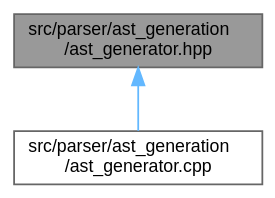
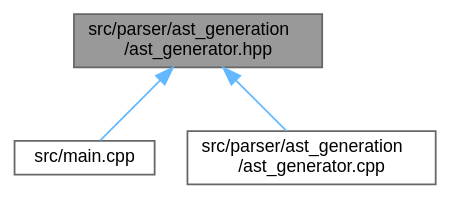
The diagram in pebbl/docs/ast__generator_8hpp__dep__incl.dot (kejunp/kejunp.github.io), drawn with Graphviz before and after one commit. The commit also changed 114 other files, not shown here.

```diff
--- a/pebbl/docs/ast__generator_8hpp__dep__incl.dot
+++ b/pebbl/docs/ast__generator_8hpp__dep__incl.dot
@@ -1,10 +1,12 @@
 digraph "src/parser/ast_generation/ast_generator.hpp"
 {
  // LATEX_PDF_SIZE
   bgcolor="transparent";
   edge [fontname=Helvetica,fontsize=10,labelfontname=Helvetica,labelfontsize=10];
   node [fontname=Helvetica,fontsize=10,shape=box,height=0.2,width=0.4];
   Node1 [id="Node000001",label="src/parser/ast_generation\l/ast_generator.hpp",height=0.2,width=0.4,color="gray40", fillcolor="grey60", style="filled", fontcolor="black",tooltip=" "];
   Node1 -> Node2 [id="edge1_Node000001_Node000002",dir="back",color="steelblue1",style="solid",tooltip=" "];
-  Node2 [id="Node000002",label="src/parser/ast_generation\l/ast_generator.cpp",height=0.2,width=0.4,color="grey40", fillcolor="white", style="filled",URL="$ast__generator_8cpp.html",tooltip=" "];
+  Node2 [id="Node000002",label="src/main.cpp",height=0.2,width=0.4,color="grey40", fillcolor="white", style="filled",URL="$main_8cpp.html",tooltip=" "];
+  Node1 -> Node3 [id="edge2_Node000001_Node000003",dir="back",color="steelblue1",style="solid",tooltip=" "];
+  Node3 [id="Node000003",label="src/parser/ast_generation\l/ast_generator.cpp",height=0.2,width=0.4,color="grey40", fillcolor="white", style="filled",URL="$ast__generator_8cpp.html",tooltip=" "];
 }
```
